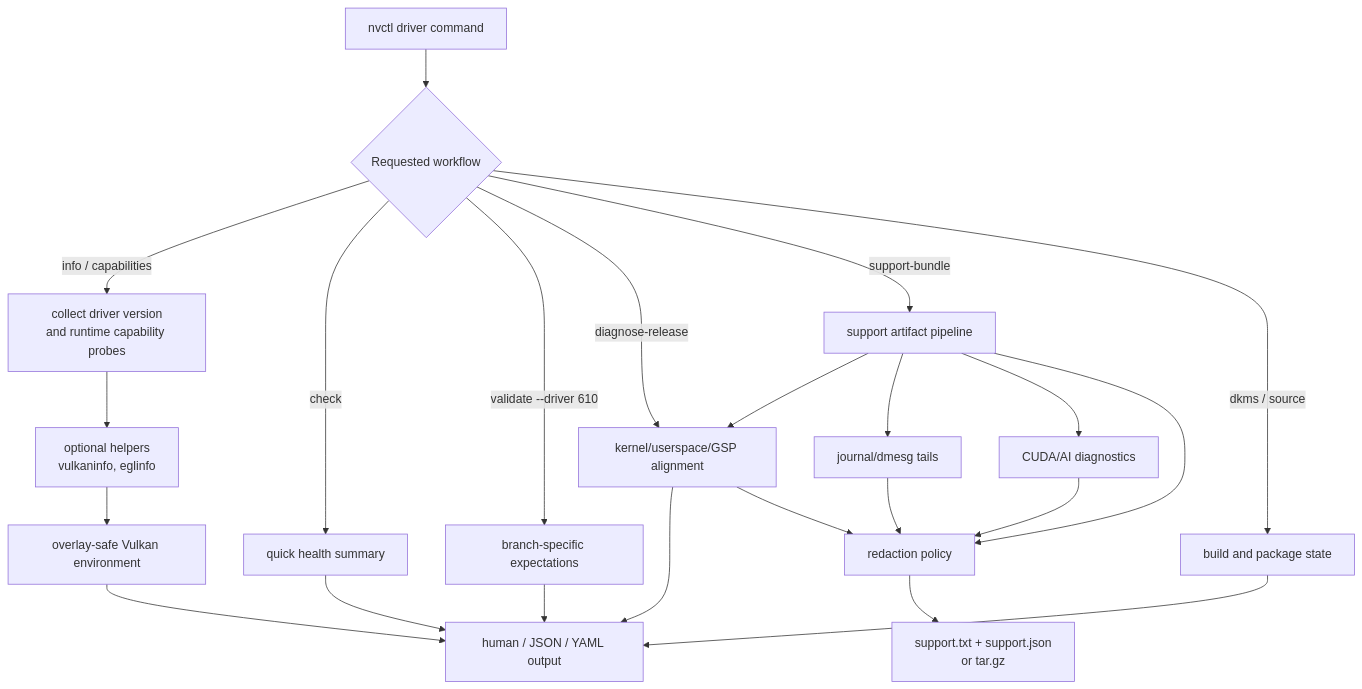
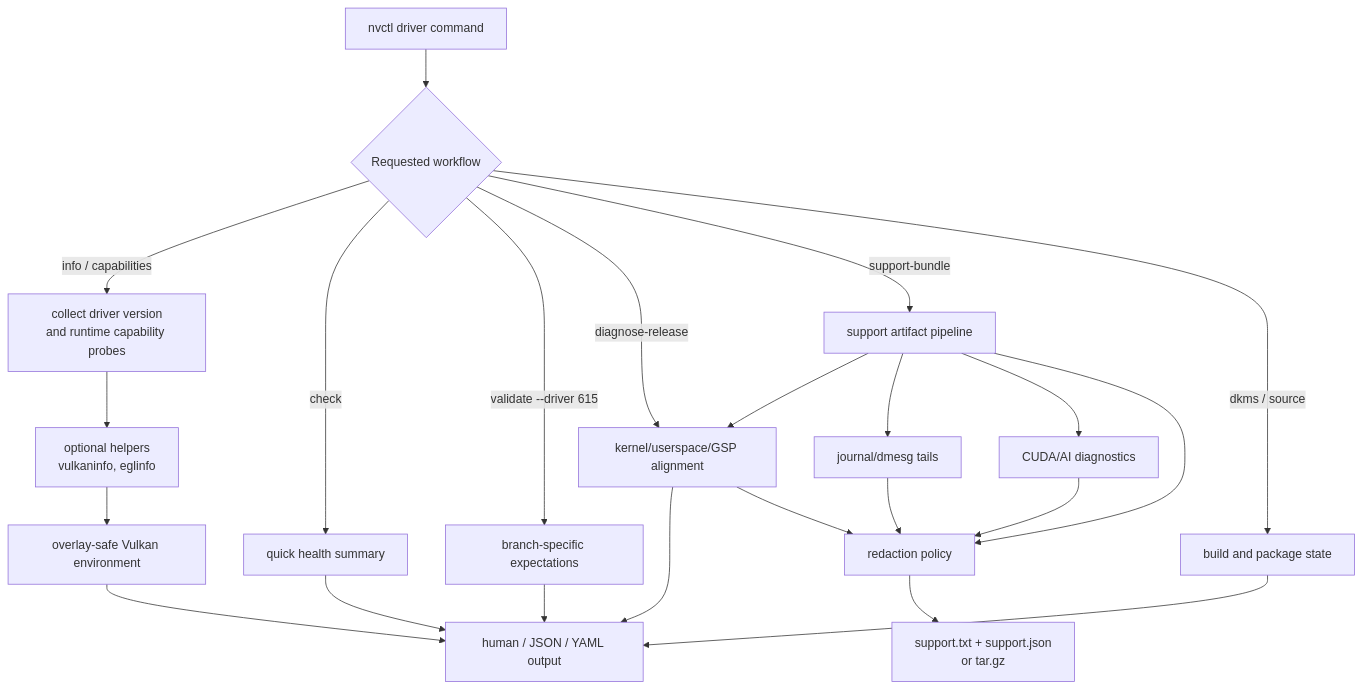
Before and after one commit to GhostKellz/nvcontrol: the first of 2 diagrams in docs/commands/driver.md, drawn with Mermaid. The commit also changed other lines of this file and 78 other files, not shown here.

````diff
--- a/docs/commands/driver.md
+++ b/docs/commands/driver.md
@@ -45,28 +50,28 @@
 ```mermaid
 flowchart TD
     start["nvctl driver command"] --> mode{"Requested workflow"}
 
     mode -->|"info / capabilities"| caps["collect driver version\nand runtime capability probes"]
     mode -->|"check"| health["quick health summary"]
-    mode -->|"validate --driver 610"| branch["branch-specific expectations"]
+    mode -->|"validate --driver 615"| branch["branch-specific expectations"]
     mode -->|"diagnose-release"| release["kernel/userspace/GSP alignment"]
     mode -->|"support-bundle"| bundle["support artifact pipeline"]
     mode -->|"dkms / source"| build["build and package state"]
 
     caps --> helpers["optional helpers\nvulkaninfo, eglinfo"]
     helpers --> safe_vk["overlay-safe Vulkan environment"]
     safe_vk --> output["human / JSON / YAML output"]
     health --> output
     branch --> output
     release --> output
     build --> output
 
     bundle --> release
     bundle --> logs["journal/dmesg tails"]
     bundle --> cuda["CUDA/AI diagnostics"]
     bundle --> redact["redaction policy"]
     release --> redact
     logs --> redact
     cuda --> redact
     redact --> artifacts["support.txt + support.json\nor tar.gz"]
 ```
````
